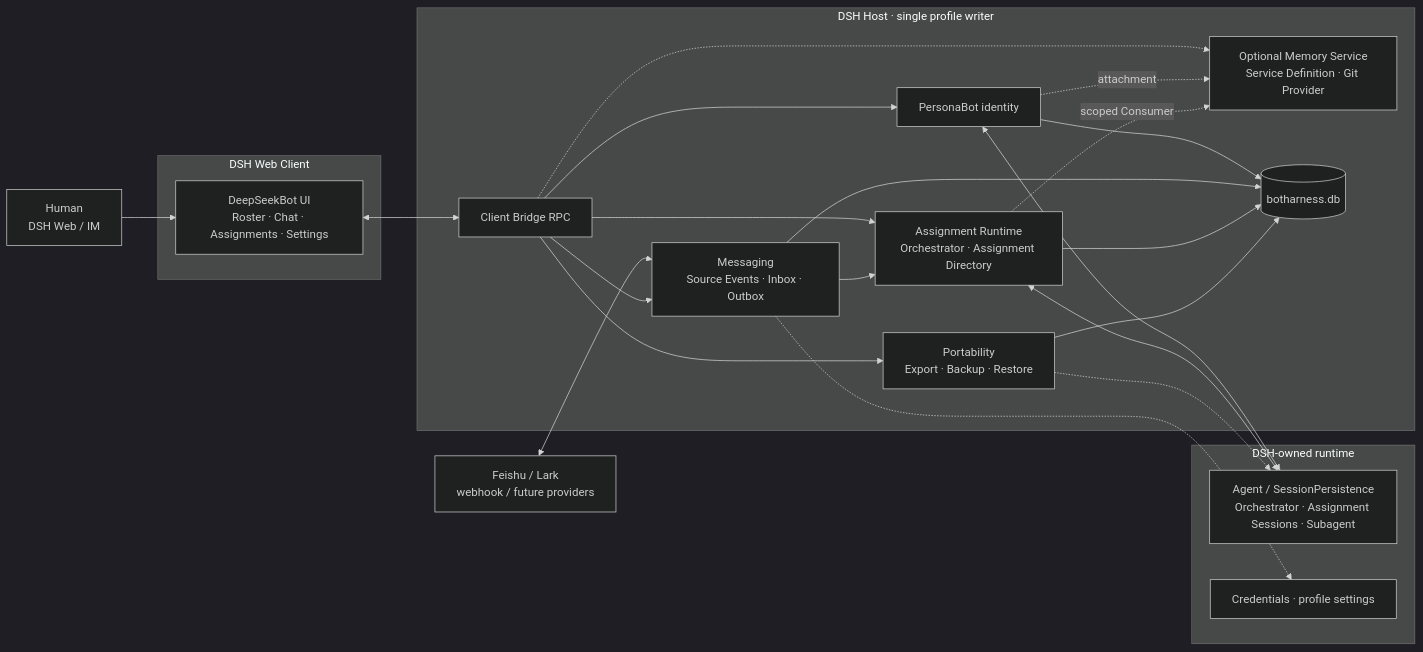
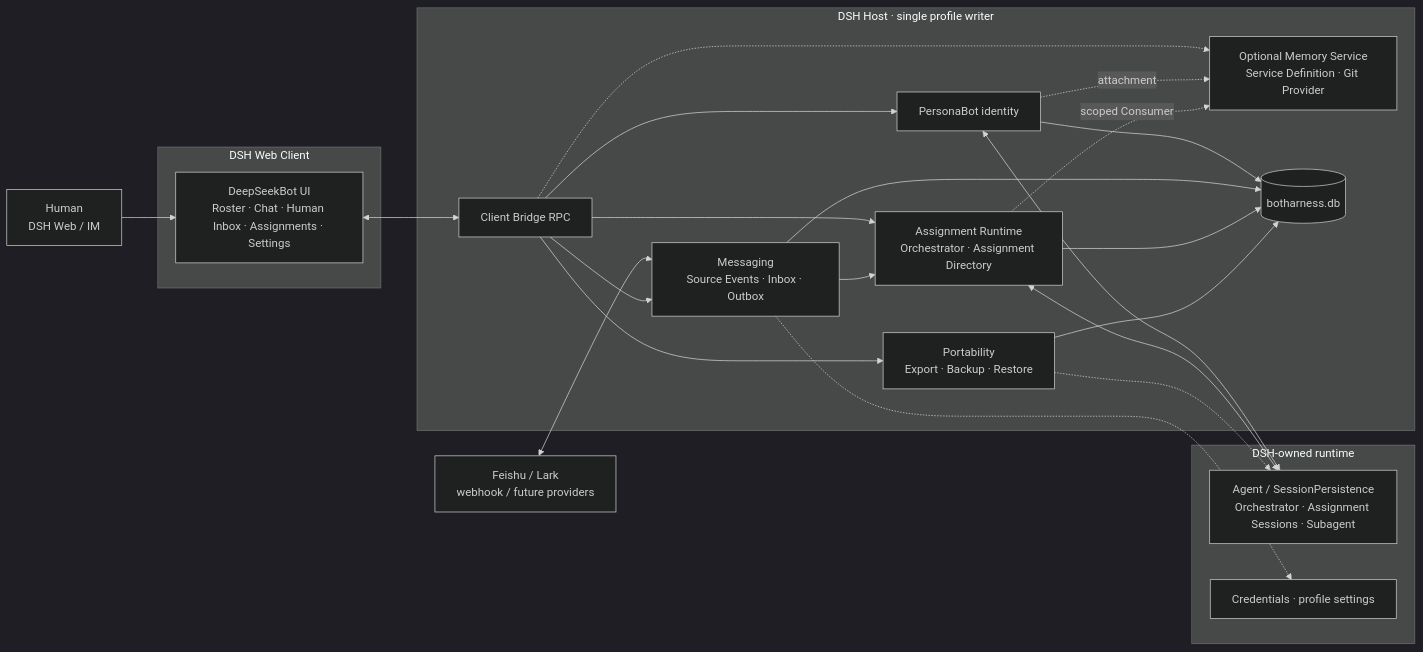
One commit to BotHarness/BotHarness changed the first of 6 diagrams in docs/architecture/botharness-architecture.md. Above: the diagram before and after it, drawn with Mermaid (dark theme). The commit also changed other lines of this file and 10 other files, not shown here.

````diff
--- a/docs/architecture/botharness-architecture.md
+++ b/docs/architecture/botharness-architecture.md
@@ -15,44 +15,44 @@
 ```mermaid
 flowchart LR
   Human["Human<br/>DSH Web / IM"]
   External["Feishu / Lark<br/>webhook / future providers"]
 
   subgraph Browser["DSH Web Client"]
-    UI["DeepSeekBot UI<br/>Roster · Chat · Assignments · Settings"]
+    UI["DeepSeekBot UI<br/>Roster · Chat · Human Inbox · Assignments · Settings"]
   end
 
   subgraph Host["DSH Host · single profile writer"]
     API["Client Bridge RPC"]
     Identity["PersonaBot identity"]
     Memory["Optional Memory Service<br/>Service Definition · Git Provider"]
     Messaging["Messaging<br/>Source Events · Inbox · Outbox"]
     Assignments["Assignment Runtime<br/>Orchestrator · Assignment Directory"]
     Transfer["Portability<br/>Export · Backup · Restore"]
     DB[("botharness.db")]
   end
 
   subgraph DSH["DSH-owned runtime"]
     Sessions["Agent / SessionPersistence<br/>Orchestrator · Assignment Sessions · Subagent"]
     Credentials["Credentials · profile settings"]
   end
 
   Human --> UI
   External <--> Messaging
   UI <--> API
   API --> Identity
   API -.-> Memory
   API --> Messaging
   API --> Assignments
   API --> Transfer
   Identity --> DB
   Identity -. attachment .-> Memory
   Messaging --> DB
   Assignments --> DB
   Transfer --> DB
   Identity <--> Sessions
   Messaging --> Assignments
   Assignments <--> Sessions
   Assignments -. scoped Consumer .-> Memory
   Messaging -.-> Credentials
   Transfer -.-> Sessions
 ```
````
